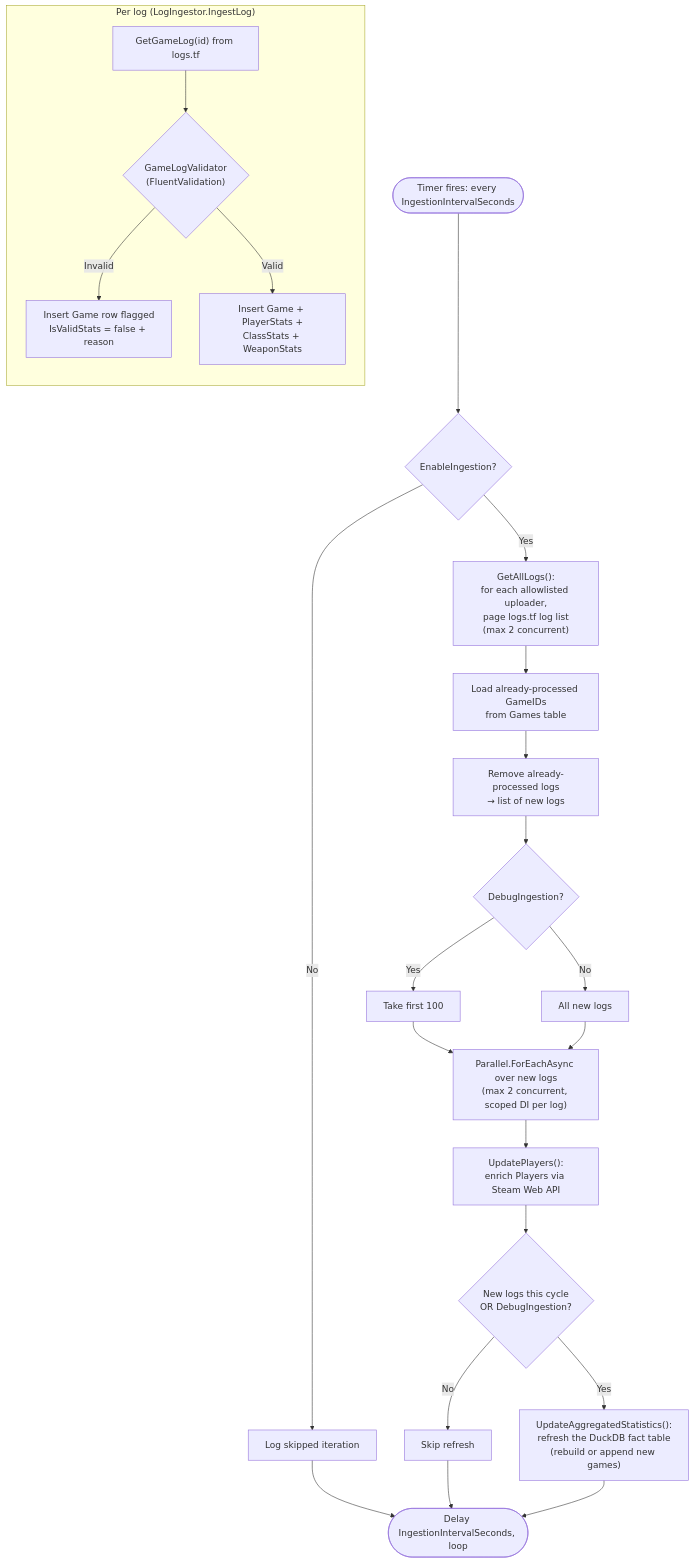
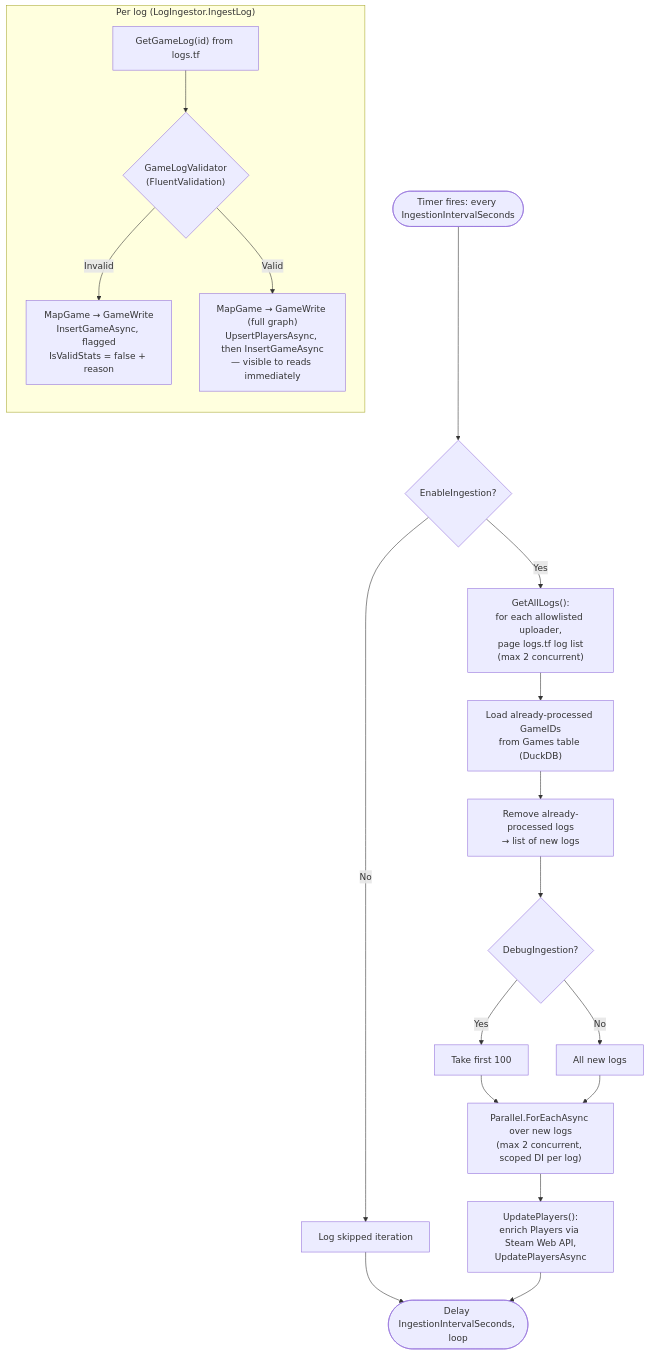
The diagram in docs/architecture/ingestion-pipeline.md (DeradoZA/tf2sa), drawn with Mermaid before and after one commit. The commit also changed other lines of this file and 17 other files, not shown here.

````diff
--- a/docs/architecture/ingestion-pipeline.md
+++ b/docs/architecture/ingestion-pipeline.md
@@ -56,26 +53,23 @@
 ```mermaid
 flowchart TD
     start([Timer fires: every IngestionIntervalSeconds]) --> enabled{EnableIngestion?}
     enabled -->|No| idle[Log skipped iteration] --> wait
     enabled -->|Yes| fetchall["GetAllLogs():<br/>for each allowlisted uploader,<br/>page logs.tf log list<br/>(max 2 concurrent)"]
-    fetchall --> known["Load already-processed GameIDs<br/>from Games table"]
+    fetchall --> known["Load already-processed GameIDs<br/>from Games table (DuckDB)"]
     known --> diff["Remove already-processed logs<br/>→ list of new logs"]
     diff --> debug{DebugIngestion?}
     debug -->|Yes| take100[Take first 100]
     debug -->|No| all[All new logs]
     take100 --> loop
     all --> loop["Parallel.ForEachAsync over new logs<br/>(max 2 concurrent, scoped DI per log)"]
 
     subgraph peritem["Per log (LogIngestor.IngestLog)"]
         direction TB
         getlog["GetGameLog(id) from logs.tf"] --> valid{"GameLogValidator<br/>(FluentValidation)"}
-        valid -->|Invalid| insertinvalid["Insert Game row flagged<br/>IsValidStats = false + reason"]
-        valid -->|Valid| insertvalid["Insert Game + PlayerStats +<br/>ClassStats + WeaponStats"]
+        valid -->|Invalid| insertinvalid["MapGame → GameWrite<br/>InsertGameAsync, flagged<br/>IsValidStats = false + reason"]
+        valid -->|Valid| insertvalid["MapGame → GameWrite (full graph)<br/>UpsertPlayersAsync, then InsertGameAsync<br/>— visible to reads immediately"]
     end
 
-    loop --> players["UpdatePlayers():<br/>enrich Players via Steam Web API"]
-    players --> anynew{New logs this cycle<br/>OR DebugIngestion?}
-    anynew -->|No| skipagg[Skip refresh] --> wait
-    anynew -->|Yes| agg["UpdateAggregatedStatistics():<br/>refresh the DuckDB fact table<br/>(rebuild or append new games)"]
-    agg --> wait([Delay IngestionIntervalSeconds, loop])
+    loop --> players["UpdatePlayers():<br/>enrich Players via Steam Web API,<br/>UpdatePlayersAsync"]
+    players --> wait([Delay IngestionIntervalSeconds, loop])
 ```
````
